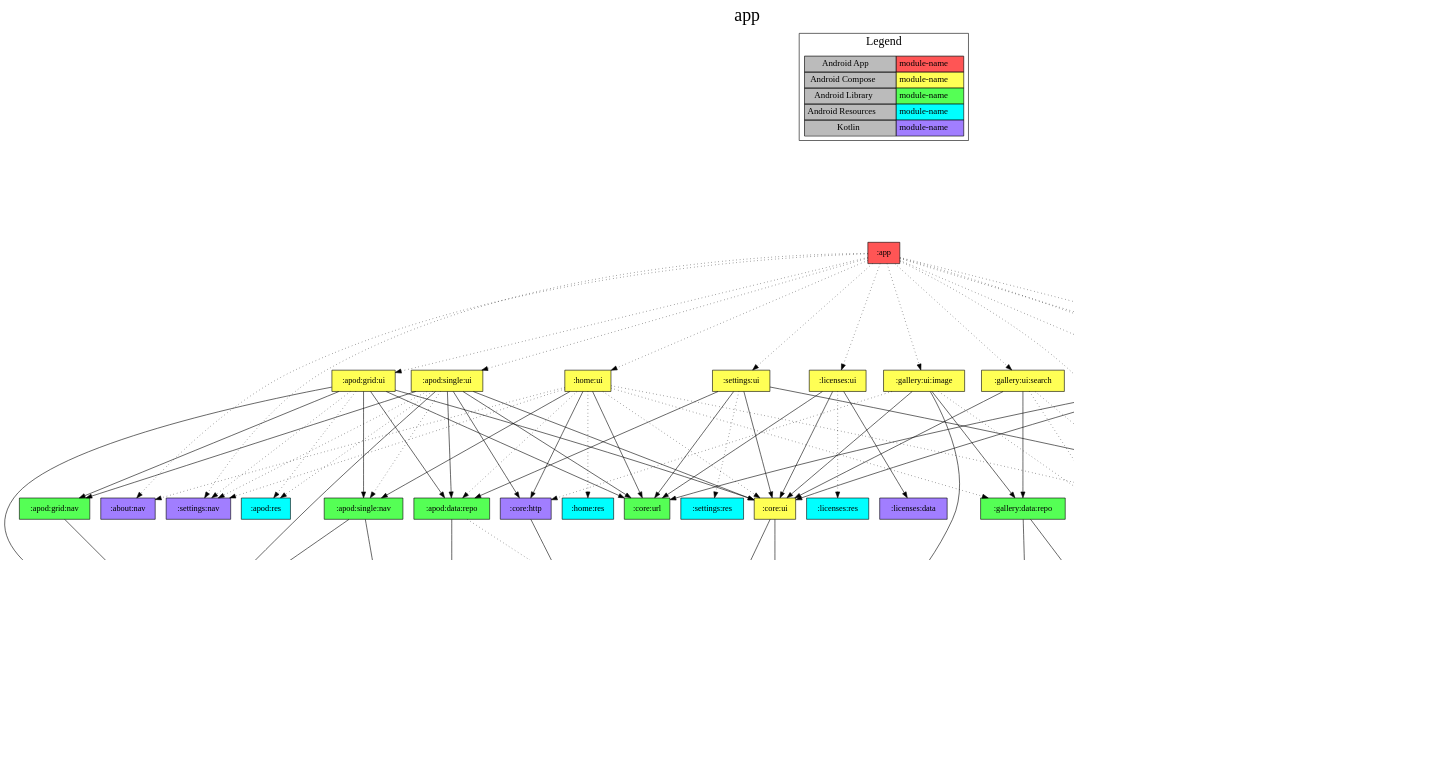
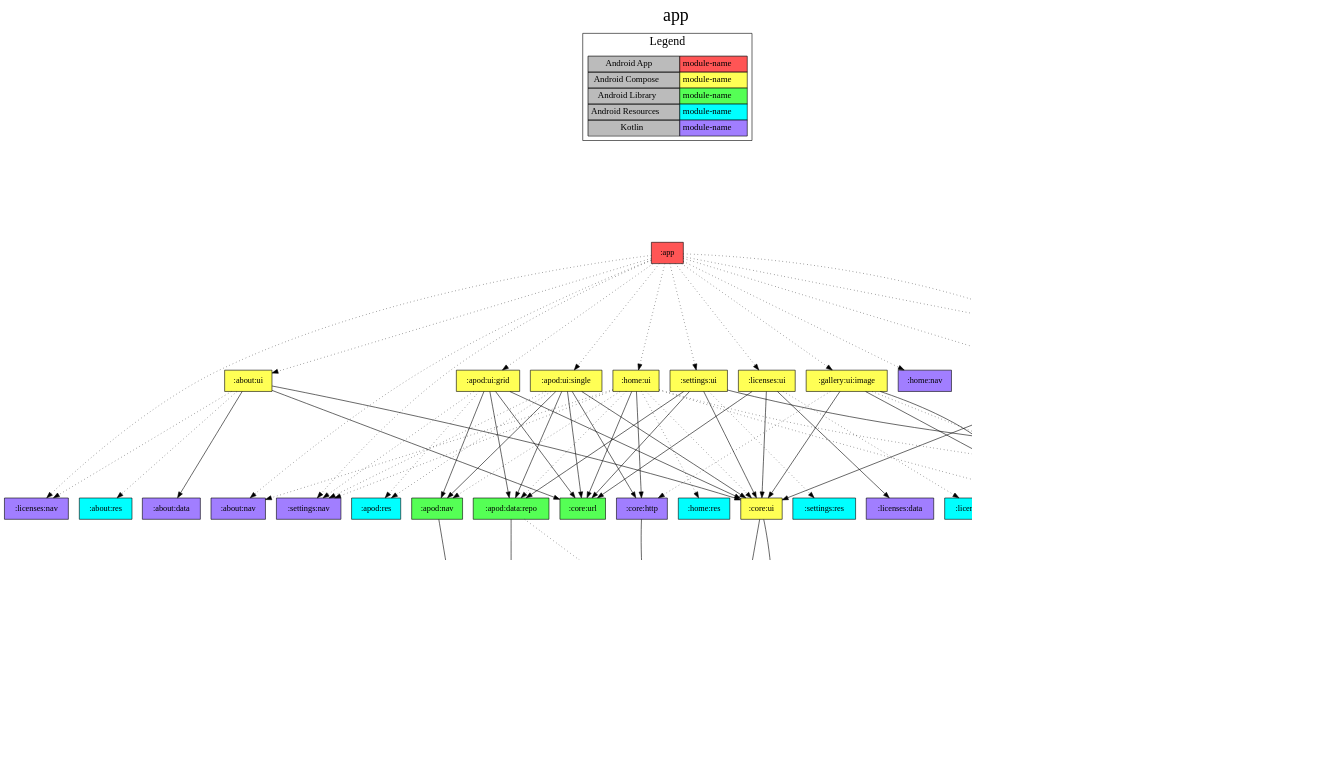
One commit to jonapoul/nasa-android changed the diagram in app/project-dependency-graph.dot. Above: the diagram before and after it, drawn with Graphviz. The commit also changed 87 other files, not shown here.

```diff
--- a/app/project-dependency-graph.dot
+++ b/app/project-dependency-graph.dot
@@ -1,145 +1,137 @@
 digraph {
 edge ["dir"="forward"]
 graph ["dpi"="100","label"="app","labelloc"="t","fontsize"="30","ranksep"="2.5","rankdir"="TB"]
 node ["style"="filled"]
 ":app" ["shape"="box","fillcolor"="#FF5555"]
 ":about:nav" ["fillcolor"="#A17EFF","shape"="box"]
 ":about:ui" ["fillcolor"="#FFFF55","shape"="box"]
 ":about:data" ["fillcolor"="#A17EFF","shape"="box"]
 ":core:ui" ["fillcolor"="#FFFF55","shape"="box"]
 ":core:model" ["fillcolor"="#A17EFF","shape"="box"]
 ":core:res" ["fillcolor"="#00FFFF","shape"="box"]
 ":core:url" ["fillcolor"="#55FF55","shape"="box"]
 ":about:res" ["fillcolor"="#00FFFF","shape"="box"]
 ":licenses:nav" ["fillcolor"="#A17EFF","shape"="box"]
-":apod:grid:ui" ["fillcolor"="#FFFF55","shape"="box"]
+":apod:ui:grid" ["fillcolor"="#FFFF55","shape"="box"]
 ":apod:data:repo" ["fillcolor"="#55FF55","shape"="box"]
 ":apod:data:api" ["fillcolor"="#A17EFF","shape"="box"]
 ":apod:model" ["fillcolor"="#A17EFF","shape"="box"]
 ":db:apod" ["fillcolor"="#A17EFF","shape"="box"]
-":apod:grid:nav" ["fillcolor"="#55FF55","shape"="box"]
 ":apod:nav" ["fillcolor"="#55FF55","shape"="box"]
-":apod:single:nav" ["fillcolor"="#55FF55","shape"="box"]
 ":apod:res" ["fillcolor"="#00FFFF","shape"="box"]
 ":settings:nav" ["fillcolor"="#A17EFF","shape"="box"]
-":apod:single:ui" ["fillcolor"="#FFFF55","shape"="box"]
+":apod:ui:single" ["fillcolor"="#FFFF55","shape"="box"]
 ":core:http" ["fillcolor"="#A17EFF","shape"="box"]
 ":db:impl" ["fillcolor"="#55FF55","shape"="box"]
 ":db:api" ["fillcolor"="#A17EFF","shape"="box"]
 ":db:gallery" ["fillcolor"="#A17EFF","shape"="box"]
 ":gallery:model" ["fillcolor"="#A17EFF","shape"="box"]
 ":gallery:nav" ["fillcolor"="#A17EFF","shape"="box"]
 ":gallery:ui:image" ["fillcolor"="#FFFF55","shape"="box"]
 ":gallery:data:repo" ["fillcolor"="#55FF55","shape"="box"]
 ":gallery:data:api" ["fillcolor"="#A17EFF","shape"="box"]
 ":gallery:res" ["fillcolor"="#00FFFF","shape"="box"]
 ":gallery:ui:search" ["fillcolor"="#FFFF55","shape"="box"]
 ":home:nav" ["fillcolor"="#A17EFF","shape"="box"]
 ":home:ui" ["fillcolor"="#FFFF55","shape"="box"]
 ":home:res" ["fillcolor"="#00FFFF","shape"="box"]
 ":licenses:ui" ["fillcolor"="#FFFF55","shape"="box"]
 ":licenses:data" ["fillcolor"="#A17EFF","shape"="box"]
 ":licenses:res" ["fillcolor"="#00FFFF","shape"="box"]
 ":settings:ui" ["fillcolor"="#FFFF55","shape"="box"]
 ":settings:res" ["fillcolor"="#00FFFF","shape"="box"]
 {
 edge ["dir"="none"]
 graph ["rank"="same"]
 ":app"
 }
 ":app" -> ":about:nav" ["style"="dotted"]
 ":app" -> ":about:ui" ["style"="dotted"]
-":app" -> ":apod:grid:ui" ["style"="dotted"]
-":app" -> ":apod:single:ui" ["style"="dotted"]
+":app" -> ":apod:ui:grid" ["style"="dotted"]
+":app" -> ":apod:ui:single" ["style"="dotted"]
 ":app" -> ":db:impl" ["style"="dotted"]
 ":app" -> ":gallery:nav" ["style"="dotted"]
 ":app" -> ":gallery:ui:image" ["style"="dotted"]
 ":app" -> ":gallery:ui:search" ["style"="dotted"]
 ":app" -> ":home:nav" ["style"="dotted"]
 ":app" -> ":home:ui" ["style"="dotted"]
 ":app" -> ":licenses:nav" ["style"="dotted"]
 ":app" -> ":licenses:ui" ["style"="dotted"]
 ":app" -> ":settings:nav" ["style"="dotted"]
 ":app" -> ":settings:ui" ["style"="dotted"]
 ":about:ui" -> ":about:data"
 ":about:ui" -> ":core:ui"
 ":about:ui" -> ":core:url"
 ":about:ui" -> ":about:res" ["style"="dotted"]
 ":about:ui" -> ":licenses:nav" ["style"="dotted"]
 ":core:ui" -> ":core:model"
 ":core:ui" -> ":core:res"
-":apod:grid:ui" -> ":apod:data:repo"
-":apod:grid:ui" -> ":apod:grid:nav"
-":apod:grid:ui" -> ":apod:nav"
-":apod:grid:ui" -> ":apod:single:nav"
-":apod:grid:ui" -> ":core:ui"
-":apod:grid:ui" -> ":core:url"
-":apod:grid:ui" -> ":apod:res" ["style"="dotted"]
-":apod:grid:ui" -> ":settings:nav" ["style"="dotted"]
+":apod:ui:grid" -> ":apod:data:repo"
+":apod:ui:grid" -> ":apod:nav"
+":apod:ui:grid" -> ":core:ui"
+":apod:ui:grid" -> ":core:url"
+":apod:ui:grid" -> ":apod:res" ["style"="dotted"]
+":apod:ui:grid" -> ":settings:nav" ["style"="dotted"]
 ":apod:data:repo" -> ":apod:data:api"
 ":apod:data:repo" -> ":db:apod" ["style"="dotted"]
 ":apod:data:api" -> ":apod:model"
 ":apod:data:api" -> ":core:model"
-":apod:grid:nav" -> ":apod:nav"
-":apod:single:nav" -> ":apod:model"
-":apod:single:nav" -> ":apod:nav"
-":apod:single:ui" -> ":apod:data:repo"
-":apod:single:ui" -> ":apod:grid:nav"
-":apod:single:ui" -> ":apod:nav"
-":apod:single:ui" -> ":core:http"
-":apod:single:ui" -> ":core:ui"
-":apod:single:ui" -> ":core:url"
-":apod:single:ui" -> ":apod:res" ["style"="dotted"]
-":apod:single:ui" -> ":apod:single:nav" ["style"="dotted"]
-":apod:single:ui" -> ":settings:nav" ["style"="dotted"]
+":apod:nav" -> ":apod:model"
+":apod:ui:single" -> ":apod:data:repo"
+":apod:ui:single" -> ":apod:nav"
+":apod:ui:single" -> ":core:http"
+":apod:ui:single" -> ":core:ui"
+":apod:ui:single" -> ":core:url"
+":apod:ui:single" -> ":apod:res" ["style"="dotted"]
+":apod:ui:single" -> ":settings:nav" ["style"="dotted"]
 ":core:http" -> ":core:model"
 ":db:impl" -> ":db:api"
 ":db:impl" -> ":db:apod"
 ":db:impl" -> ":db:gallery"
 ":db:gallery" -> ":gallery:model"
 ":gallery:nav" -> ":gallery:model" ["style"="dotted"]
 ":gallery:ui:image" -> ":core:model"
 ":gallery:ui:image" -> ":core:ui"
 ":gallery:ui:image" -> ":gallery:data:repo"
 ":gallery:ui:image" -> ":core:http" ["style"="dotted"]
 ":gallery:ui:image" -> ":gallery:res" ["style"="dotted"]
 ":gallery:data:repo" -> ":db:gallery"
 ":gallery:data:repo" -> ":gallery:data:api"
 ":gallery:data:api" -> ":gallery:model"
 ":gallery:ui:search" -> ":core:ui"
 ":gallery:ui:search" -> ":gallery:data:repo"
 ":gallery:ui:search" -> ":gallery:nav" ["style"="dotted"]
 ":gallery:ui:search" -> ":gallery:res" ["style"="dotted"]
-":home:ui" -> ":apod:single:nav"
 ":home:ui" -> ":core:http"
 ":home:ui" -> ":core:url"
 ":home:ui" -> ":about:nav" ["style"="dotted"]
 ":home:ui" -> ":apod:data:repo" ["style"="dotted"]
+":home:ui" -> ":apod:nav" ["style"="dotted"]
 ":home:ui" -> ":core:ui" ["style"="dotted"]
 ":home:ui" -> ":gallery:data:repo" ["style"="dotted"]
 ":home:ui" -> ":gallery:nav" ["style"="dotted"]
 ":home:ui" -> ":home:res" ["style"="dotted"]
 ":home:ui" -> ":settings:nav" ["style"="dotted"]
 ":licenses:ui" -> ":core:ui"
 ":licenses:ui" -> ":core:url"
 ":licenses:ui" -> ":licenses:data"
 ":licenses:ui" -> ":licenses:res" ["style"="dotted"]
 ":settings:ui" -> ":apod:data:repo"
 ":settings:ui" -> ":core:ui"
 ":settings:ui" -> ":core:url"
 ":settings:ui" -> ":db:api"
 ":settings:ui" -> ":settings:res" ["style"="dotted"]
 subgraph "cluster_legend" {
 edge ["dir"="none"]
 graph ["label"="Legend","fontsize"="20"]
 "Legend" ["style"="filled","fillcolor"="#bbbbbb","shape"="none","margin"="0","fontsize"="15","label"=<
 <TABLE BORDER="0" CELLBORDER="1" CELLSPACING="0" CELLPADDING="4">
 <TR><TD>Android App</TD><TD BGCOLOR="#FF5555">module-name</TD></TR>
 <TR><TD>Android Compose</TD><TD BGCOLOR="#FFFF55">module-name</TD></TR>
 <TR><TD>Android Library</TD><TD BGCOLOR="#55FF55">module-name</TD></TR>
 <TR><TD>Android Resources</TD><TD BGCOLOR="#00FFFF">module-name</TD></TR>
 <TR><TD>Kotlin</TD><TD BGCOLOR="#A17EFF">module-name</TD></TR>
 </TABLE>
 >]
 } -> ":app" ["style"="invis"]
 }
```
